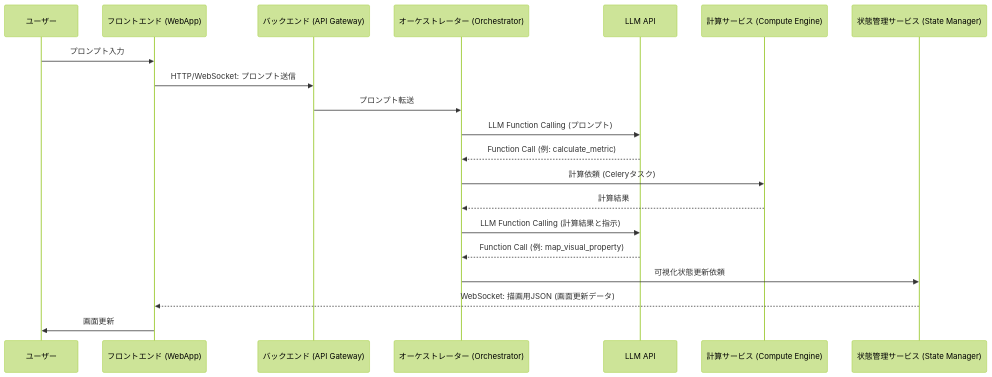
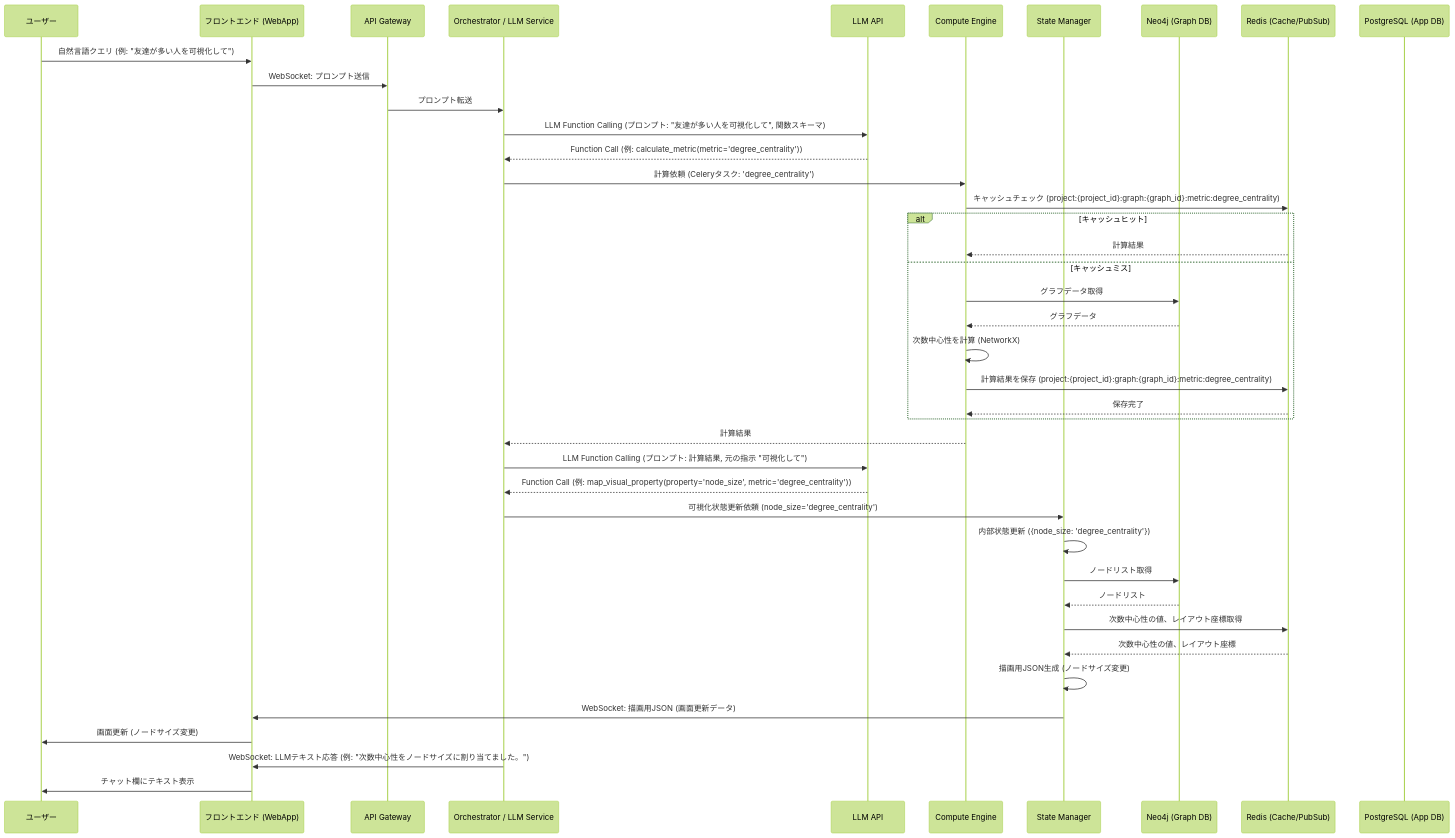
One commit to vdslab/LLMGraphvis changed the diagram in docs/sequence-diagram.md. Above: the diagram before and after it, drawn with Mermaid (forest theme). The commit also changed other lines of this file and 6 other files, not shown here.

Commit message:
feat: Update documentation structure and add upload data flow sequence

````diff
--- a/docs/sequence-diagram.md
+++ b/docs/sequence-diagram.md
@@ -3,23 +5,48 @@
 ```mermaid
 sequenceDiagram
     participant User as ユーザー
     participant FE as フロントエンド (WebApp)
-    participant BE_API as バックエンド (API Gateway)
-    participant BE_Orch as オーケストレーター (Orchestrator)
+    participant BE_API as API Gateway
+    participant BE_Orch as Orchestrator / LLM Service
     participant LLM as LLM API
-    participant BE_Compute as 計算サービス (Compute Engine)
-    participant BE_State as 状態管理サービス (State Manager)
+    participant BE_Compute as Compute Engine
+    participant BE_State as State Manager
+    participant Neo4j as Neo4j (Graph DB)
+    participant Redis as Redis (Cache/PubSub)
+    participant Postgres as PostgreSQL (App DB)
 
-    User->>FE: プロンプト入力
-    FE->>BE_API: HTTP/WebSocket: プロンプト送信
+    User->>FE: 自然言語クエリ (例: "友達が多い人を可視化して")
+    FE->>BE_API: WebSocket: プロンプト送信
     BE_API->>BE_Orch: プロンプト転送
-    BE_Orch->>LLM: LLM Function Calling (プロンプト)
-    LLM-->>BE_Orch: Function Call (例: calculate_metric)
-    BE_Orch->>BE_Compute: 計算依頼 (Celeryタスク)
+    BE_Orch->>LLM: LLM Function Calling (プロンプト: "友達が多い人を可視化して", 関数スキーマ)
+    LLM-->>BE_Orch: Function Call (例: calculate_metric(metric='degree_centrality'))
+
+    BE_Orch->>BE_Compute: 計算依頼 (Celeryタスク: 'degree_centrality')
+    BE_Compute->>Redis: キャッシュチェック (project:{project_id}:graph:{graph_id}:metric:degree_centrality)
+    alt キャッシュヒット
+        Redis-->>BE_Compute: 計算結果
+    else キャッシュミス
+        BE_Compute->>Neo4j: グラフデータ取得
+        Neo4j-->>BE_Compute: グラフデータ
+        BE_Compute->>BE_Compute: 次数中心性を計算 (NetworkX)
+        BE_Compute->>Redis: 計算結果を保存 (project:{project_id}:graph:{graph_id}:metric:degree_centrality)
+        Redis-->>BE_Compute: 保存完了
+    end
     BE_Compute-->>BE_Orch: 計算結果
-    BE_Orch->>LLM: LLM Function Calling (計算結果と指示)
-    LLM-->>BE_Orch: Function Call (例: map_visual_property)
-    BE_Orch->>BE_State: 可視化状態更新依頼
-    BE_State-->>FE: WebSocket: 描画用JSON (画面更新データ)
-    FE->>User: 画面更新
+
+    BE_Orch->>LLM: LLM Function Calling (プロンプト: 計算結果, 元の指示 "可視化して")
+    LLM-->>BE_Orch: Function Call (例: map_visual_property(property='node_size', metric='degree_centrality'))
+
+    BE_Orch->>BE_State: 可視化状態更新依頼 (node_size='degree_centrality')
+    BE_State->>BE_State: 内部状態更新 ({node_size: 'degree_centrality'})
+    BE_State->>Neo4j: ノードリスト取得
+    Neo4j-->>BE_State: ノードリスト
+    BE_State->>Redis: 次数中心性の値、レイアウト座標取得
+    Redis-->>BE_State: 次数中心性の値、レイアウト座標
+    BE_State->>BE_State: 描画用JSON生成 (ノードサイズ変更)
+    BE_State->>FE: WebSocket: 描画用JSON (画面更新データ)
+    FE->>User: 画面更新 (ノードサイズ変更)
+
+    BE_Orch->>FE: WebSocket: LLMテキスト応答 (例: "次数中心性をノードサイズに割り当てました。")
+    FE->>User: チャット欄にテキスト表示
 ```
````
